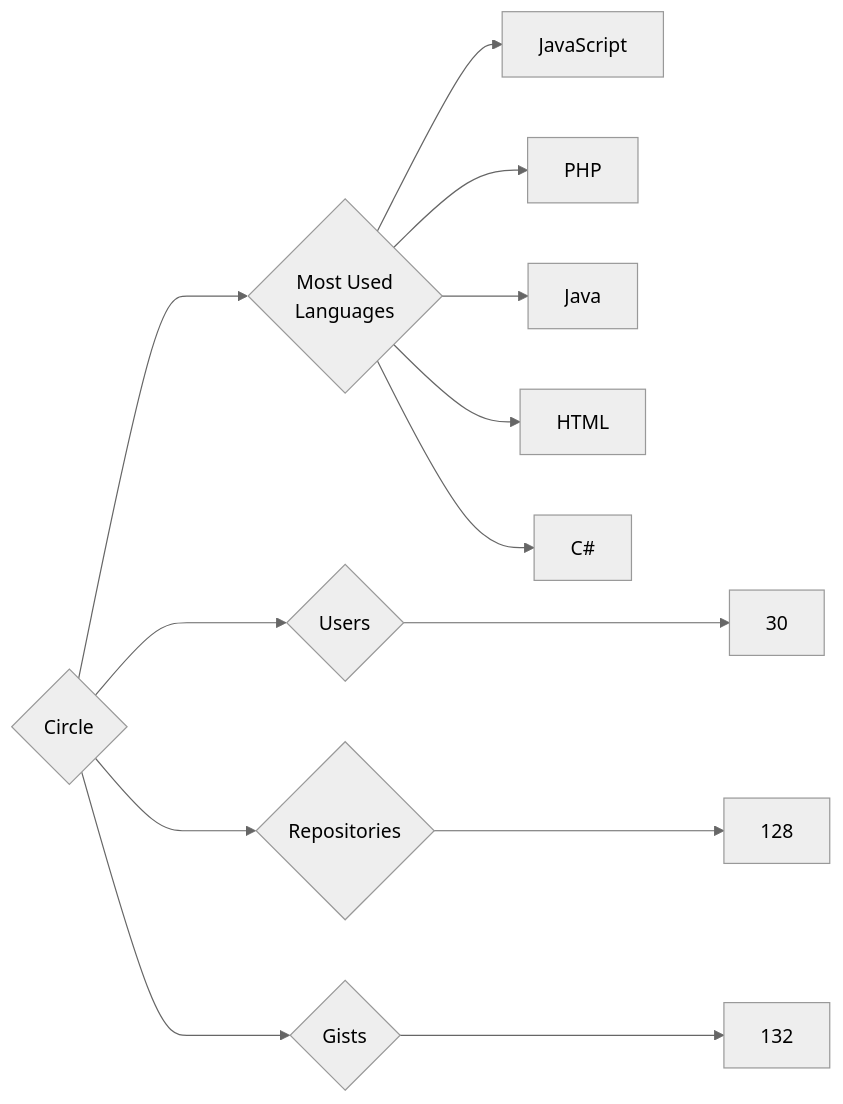
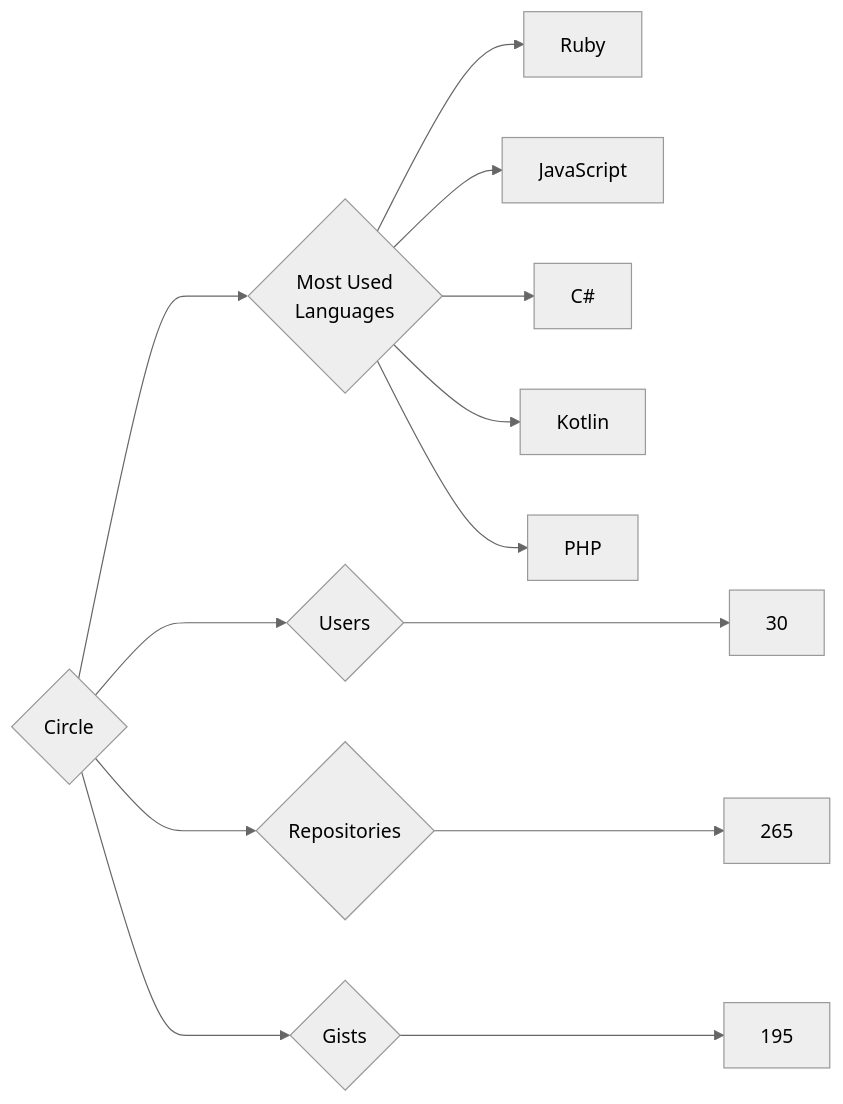
Before and after one commit to trickest/insiders: the diagram in targets/Circle/README.md, drawn with Mermaid (neutral theme). The commit also changed 927 other files, not shown here.

````diff
--- a/targets/Circle/README.md
+++ b/targets/Circle/README.md
@@ -3,13 +3,13 @@
 ```mermaid
 graph LR
 COMPANY_NAME{Circle}
 COMPANY_NAME ---> U{Users} ---> UN[30]
-COMPANY_NAME ---> R{Repositories} ---> RN[128]
-COMPANY_NAME ---> G{Gists} ---> GN[132]
+COMPANY_NAME ---> R{Repositories} ---> RN[265]
+COMPANY_NAME ---> G{Gists} ---> GN[195]
 COMPANY_NAME ---> ML{Most Used<br>Languages}
+ML --> Ruby[Ruby]
 ML --> JavaScript[JavaScript]
+ML --> C#[C#]
+ML --> Kotlin[Kotlin]
 ML --> PHP[PHP]
-ML --> Java[Java]
-ML --> HTML[HTML]
-ML --> C#[C#]
 ```
````
